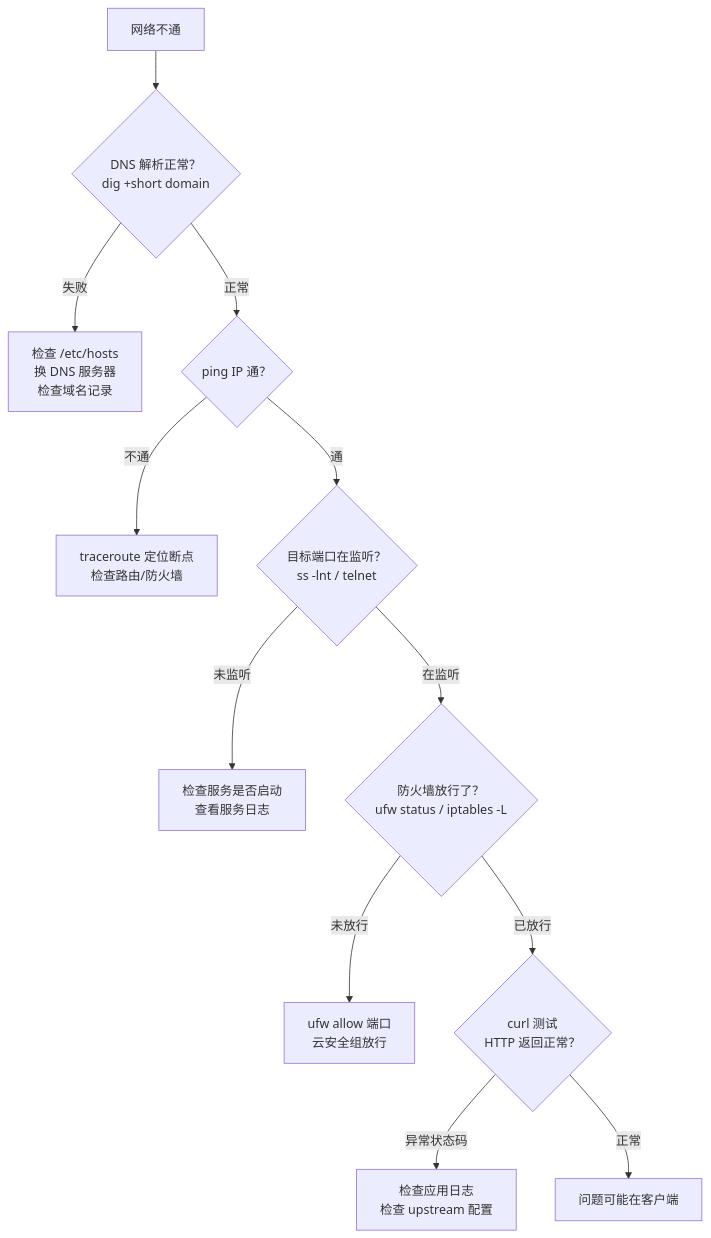
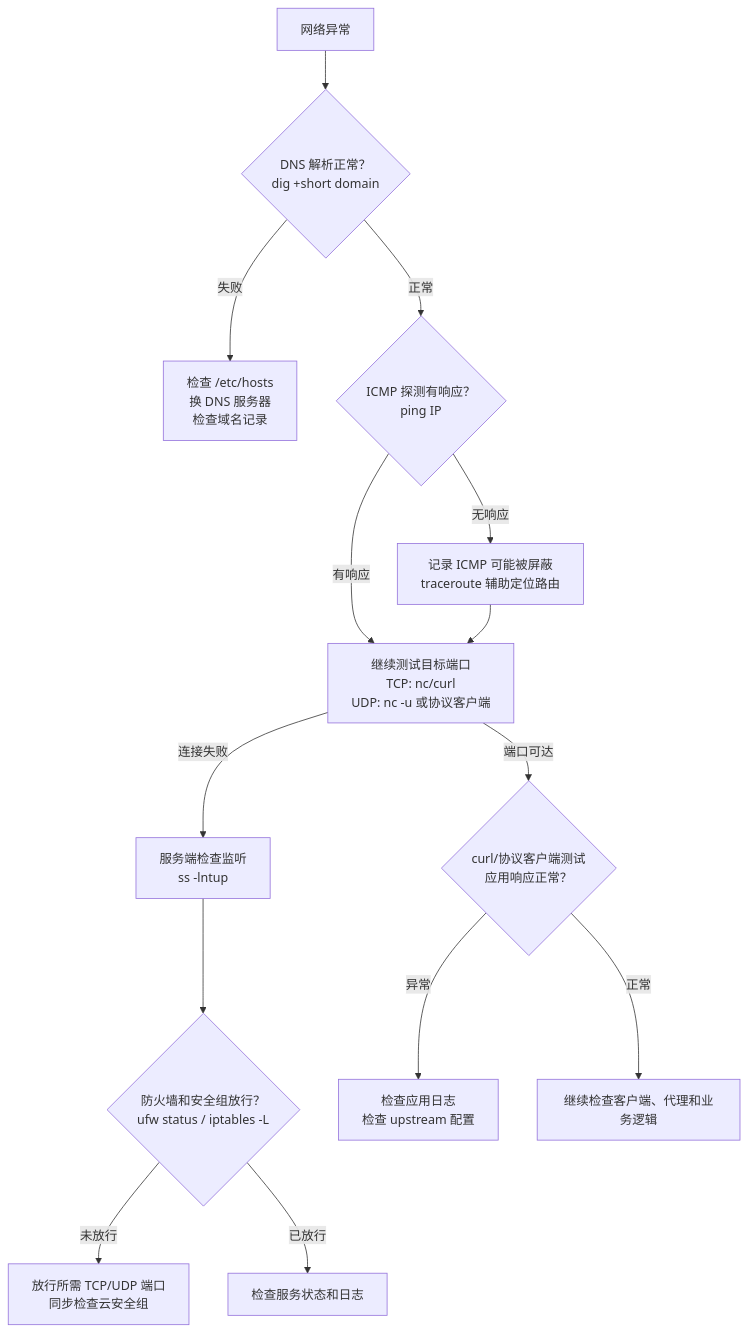
Before and after one commit to luxiag/blog: the fifth of 6 diagrams in posts/linux/networking-and-disk.mdx, drawn with Mermaid. The commit also changed other lines of this file and 14 other files, not shown here.

````diff
--- a/posts/linux/networking-and-disk.mdx
+++ b/posts/linux/networking-and-disk.mdx
@@ -638,14 +655,16 @@
 ```mermaid
 graph TD
-  START["网络不通"] --> DNS{"DNS 解析正常？<br/>dig +short domain"}
+  START["网络异常"] --> DNS{"DNS 解析正常？<br/>dig +short domain"}
   DNS -- "失败" --> DNS_FIX["检查 /etc/hosts<br/>换 DNS 服务器<br/>检查域名记录"]
-  DNS -- "正常" --> PING{"ping IP 通？"}
-  PING -- "不通" --> ROUTE["traceroute 定位断点<br/>检查路由/防火墙"]
-  PING -- "通" --> PORT{"目标端口在监听？<br/>ss -lnt / telnet"}
-  PORT -- "未监听" --> SERVICE["检查服务是否启动<br/>查看服务日志"]
-  PORT -- "在监听" --> FIREWALL{"防火墙放行了？<br/>ufw status / iptables -L"}
-  FIREWALL -- "未放行" --> OPEN["ufw allow 端口<br/>云安全组放行"]
-  FIREWALL -- "已放行" --> APP{"curl 测试<br/>HTTP 返回正常？"}
-  APP -- "异常状态码" --> APP_DEBUG["检查应用日志<br/>检查 upstream 配置"]
-  APP -- "正常" --> OK["问题可能在客户端"]
+  DNS -- "正常" --> PING{"ICMP 探测有响应？<br/>ping IP"}
+  PING -- "无响应" --> ROUTE["记录 ICMP 可能被屏蔽<br/>traceroute 辅助定位路由"]
+  PING -- "有响应" --> PORT["继续测试目标端口<br/>TCP: nc/curl<br/>UDP: nc -u 或协议客户端"]
+  ROUTE --> PORT
+  PORT -- "连接失败" --> LISTEN["服务端检查监听<br/>ss -lntup"]
+  LISTEN --> FIREWALL{"防火墙和安全组放行？<br/>ufw status / iptables -L"}
+  FIREWALL -- "未放行" --> OPEN["放行所需 TCP/UDP 端口<br/>同步检查云安全组"]
+  FIREWALL -- "已放行" --> SERVICE["检查服务状态和日志"]
+  PORT -- "端口可达" --> APP{"curl/协议客户端测试<br/>应用响应正常？"}
+  APP -- "异常" --> APP_DEBUG["检查应用日志<br/>检查 upstream 配置"]
+  APP -- "正常" --> OK["继续检查客户端、代理和业务逻辑"]
 ```
````
